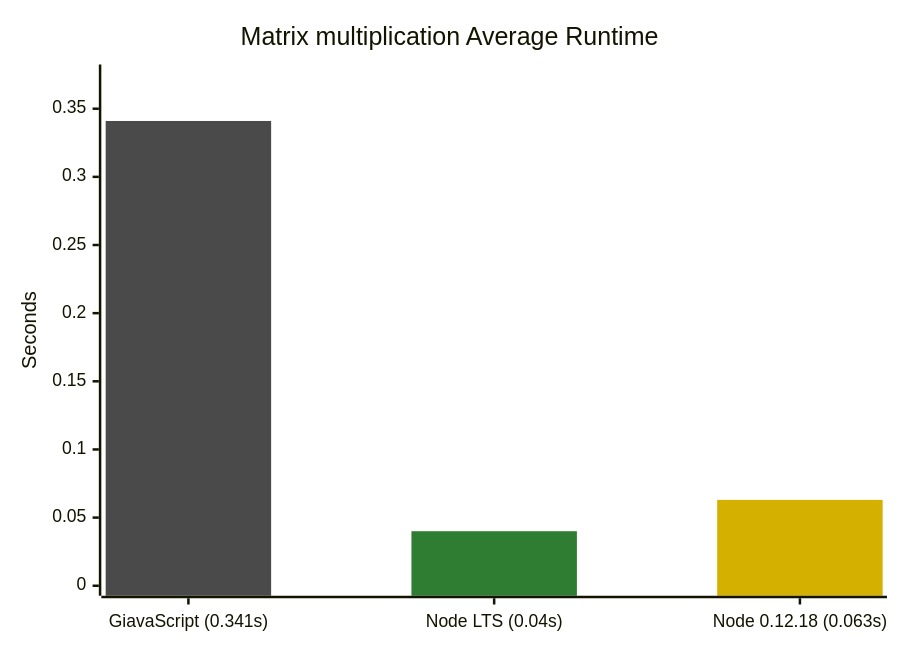
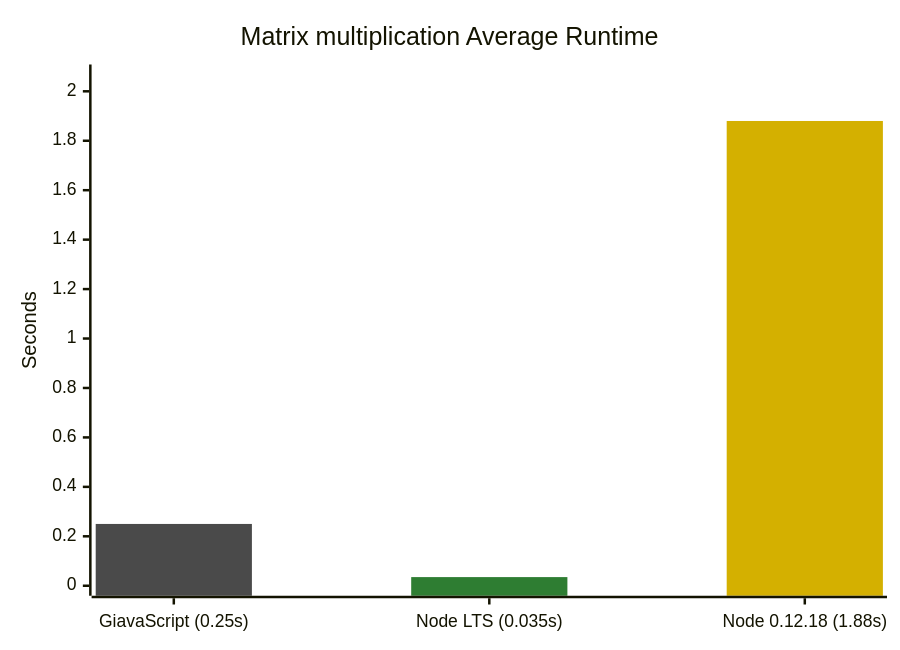
Before and after one commit to GiavaScript/GiavaScript: the second of 5 diagrams in README.md, drawn with Mermaid. The commit also changed other lines of this file and 2 other files, not shown here.

````diff
--- a/README.md
+++ b/README.md
@@ -91,10 +91,10 @@
 ```mermaid
 %%{init: {"themeVariables": {"xyChart": {"plotColorPalette": "#4a4a4a, #2e7d32, #d4b000"}}}}%%
 xychart-beta
     title "Matrix multiplication Average Runtime"
-    x-axis ["GiavaScript (0.341s)", "Node LTS (0.04s)", "Node 0.12.18 (0.063s)"]
-    y-axis "Seconds" 0 --> 0.3751
-    bar [0.341, -1, -1]
-    bar [-1, 0.04, -1]
-    bar [-1, -1, 0.063]
+    x-axis ["GiavaScript (0.25s)", "Node LTS (0.035s)", "Node 0.12.18 (1.88s)"]
+    y-axis "Seconds" 0 --> 2.068
+    bar [0.25, -1, -1]
+    bar [-1, 0.035, -1]
+    bar [-1, -1, 1.88]
 ```
````
